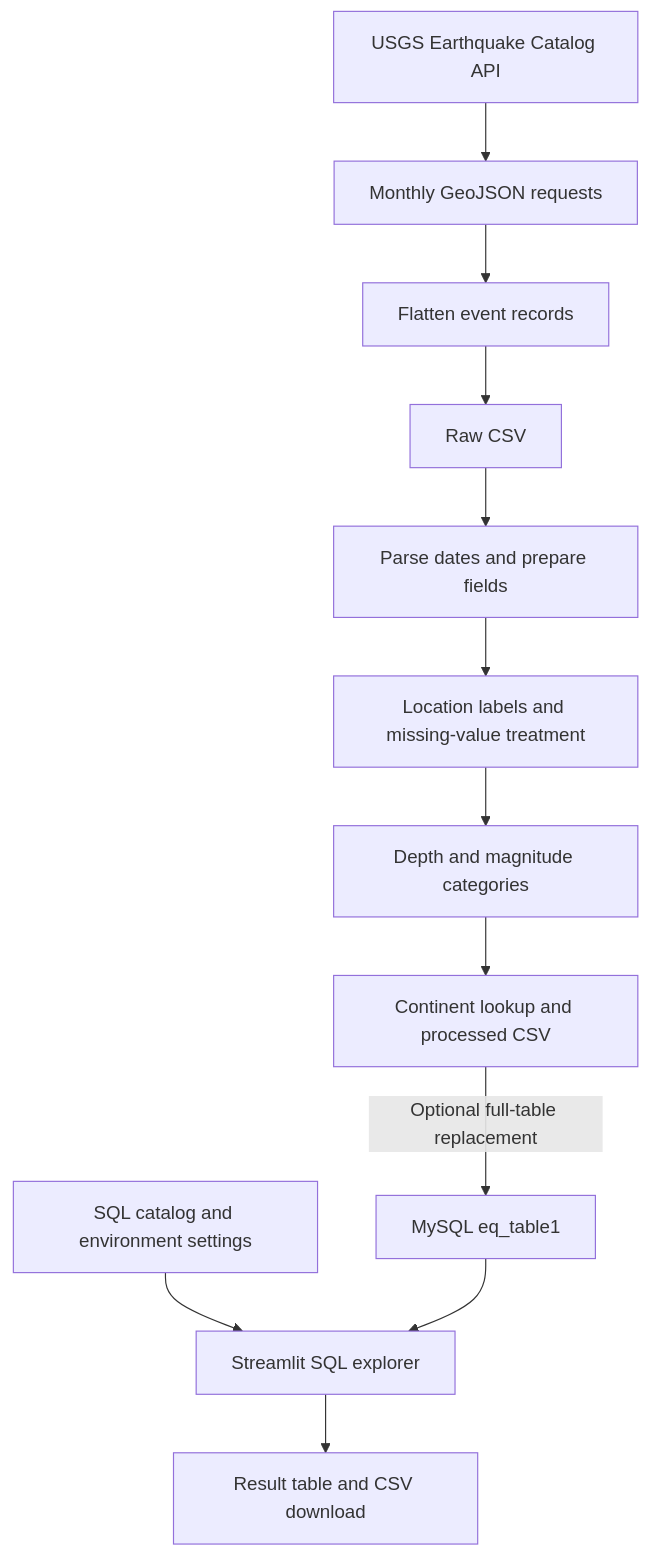
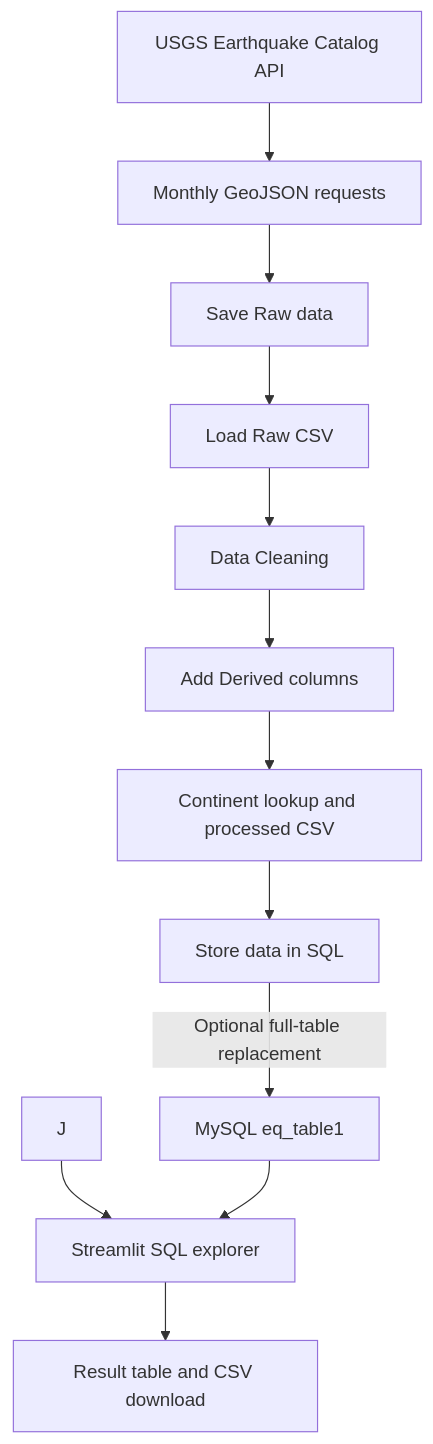
The diagram in README.md (Vishal2010s/Global-Seismic-Trends-Earthquake-Data-Analysis), drawn with Mermaid before and after one commit.

````diff
--- a/README.md
+++ b/README.md
@@ -83,14 +83,14 @@
 ```mermaid
 flowchart TD
     A[USGS Earthquake Catalog API] --> B[Monthly GeoJSON requests]
-    B --> C[Flatten event records]
-    C --> D[Raw CSV]
-    D --> E[Parse dates and prepare fields]
-    E --> F[Location labels and missing-value treatment]
-    F --> G[Depth and magnitude categories]
-    G --> H[Continent lookup and processed CSV]
+    B --> C[Save Raw data]
+    C --> D[Load Raw CSV]
+    D --> E[Data Cleaning]
+    E --> F[Add Derived columns]
+    F --> G[Continent lookup and processed CSV]
+    G --> H[Store data in SQL]
     H -->|Optional full-table replacement| I[MySQL eq_table1]
-    J[SQL catalog and environment settings] --> K[Streamlit SQL explorer]
+    J --> K[Streamlit SQL explorer]
     I --> K
     K --> L[Result table and CSV download]
 ```
````
